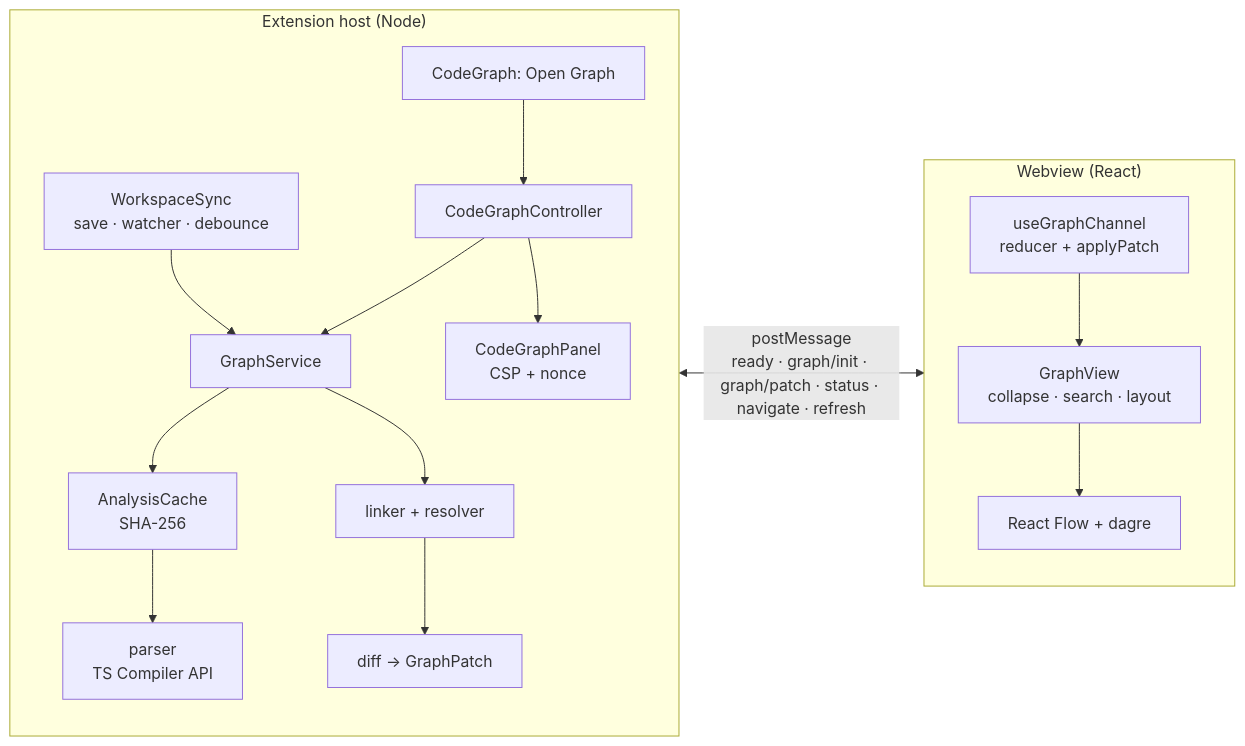
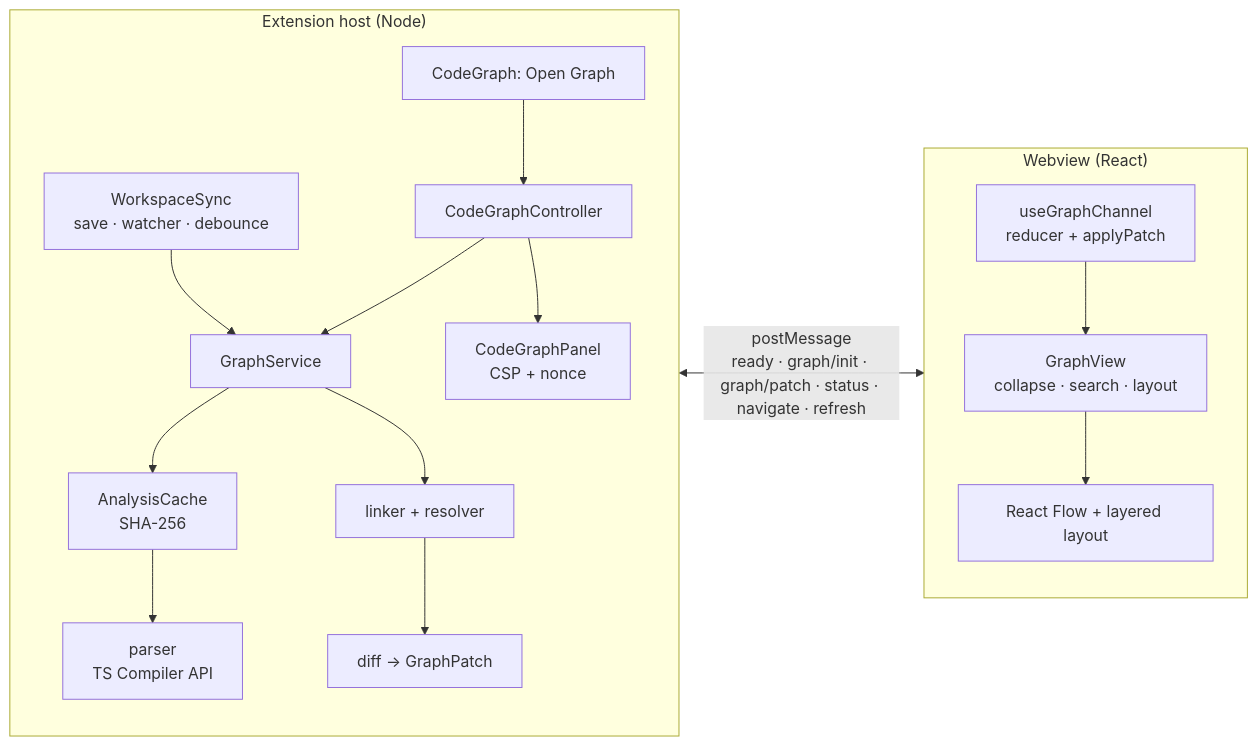
The diagram in README.md (kevincoto18/codegraph), drawn with Mermaid before and after one commit. The commit also changed other lines of this file and 20 other files, not shown here.

First line of the commit message:
perf(webview): scale the UI with a linear layered layout and level of detail

````diff
--- a/README.md
+++ b/README.md
@@ -71,20 +71,20 @@
 ```mermaid
 flowchart LR
   subgraph Host["Extension host (Node)"]
     direction TB
     CMD["CodeGraph: Open Graph"] --> CTRL[CodeGraphController]
     CTRL --> SVC[GraphService]
     SYNC[WorkspaceSync<br/>save · watcher · debounce] --> SVC
     SVC --> CACHE[AnalysisCache<br/>SHA-256]
     CACHE --> PARSER[parser<br/>TS Compiler API]
     SVC --> LINKER[linker + resolver]
     LINKER --> DIFF[diff → GraphPatch]
     CTRL --> PANEL[CodeGraphPanel<br/>CSP + nonce]
   end
   subgraph Webview["Webview (React)"]
     direction TB
     CHANNEL[useGraphChannel<br/>reducer + applyPatch] --> VIEW[GraphView<br/>collapse · search · layout]
-    VIEW --> FLOW[React Flow + dagre]
+    VIEW --> FLOW[React Flow + layered layout]
   end
   PANEL <-- "postMessage<br/>ready · graph/init · graph/patch · status · navigate · refresh" --> CHANNEL
 ```
````
